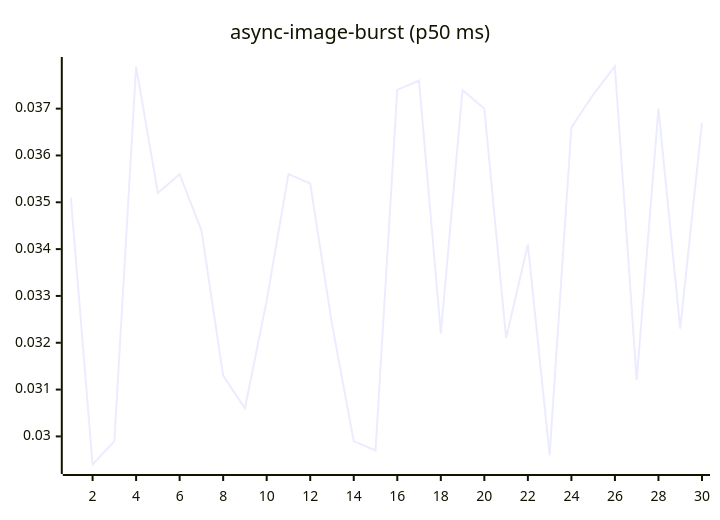
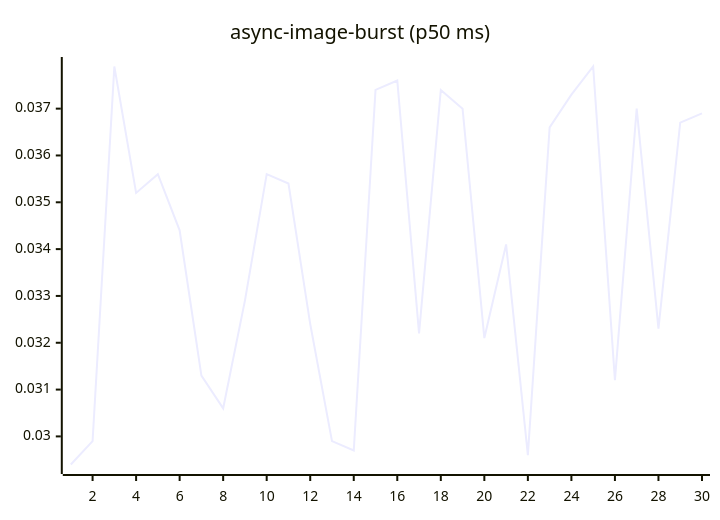
The fourth of 27 diagrams in README.md (josha/Facet), drawn with Mermaid before and after one commit. The commit also changed other lines of this file and 2 other files, not shown here.

````diff
--- a/README.md
+++ b/README.md
@@ -84,6 +84,6 @@
 ```mermaid
 xychart-beta
     title "async-image-burst (p50 ms)"
     x-axis 1 --> 30
-    line [0.0351, 0.0294, 0.0299, 0.0379, 0.0352, 0.0356, 0.0344, 0.0313, 0.0306, 0.0329, 0.0356, 0.0354, 0.0324, 0.0299, 0.0297, 0.0374, 0.0376, 0.0322, 0.0374, 0.0370, 0.0321, 0.0341, 0.0296, 0.0366, 0.0373, 0.0379, 0.0312, 0.0370, 0.0323, 0.0367]
+    line [0.0294, 0.0299, 0.0379, 0.0352, 0.0356, 0.0344, 0.0313, 0.0306, 0.0329, 0.0356, 0.0354, 0.0324, 0.0299, 0.0297, 0.0374, 0.0376, 0.0322, 0.0374, 0.0370, 0.0321, 0.0341, 0.0296, 0.0366, 0.0373, 0.0379, 0.0312, 0.0370, 0.0323, 0.0367, 0.0369]
 ```
````
